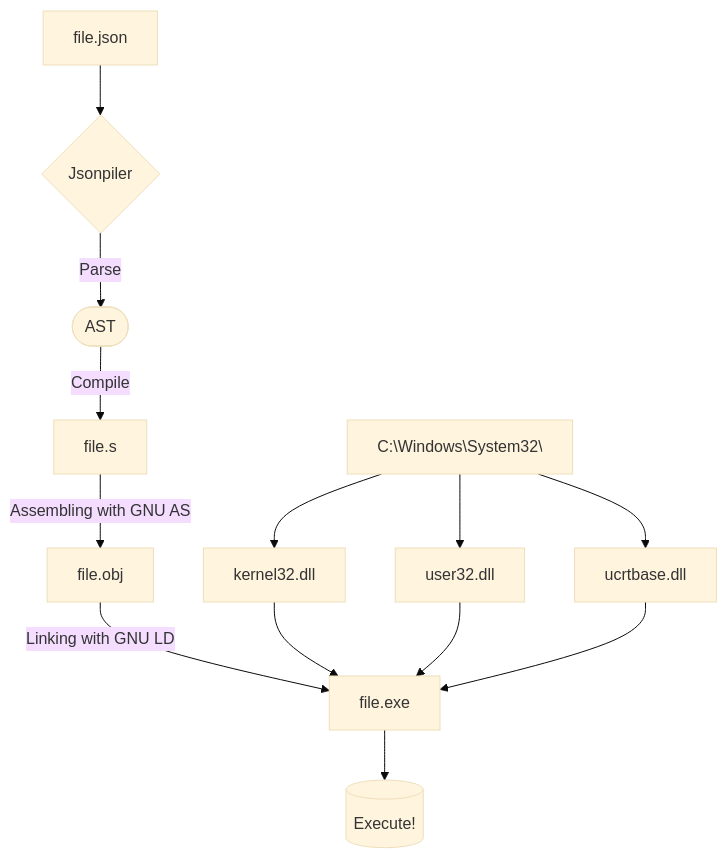
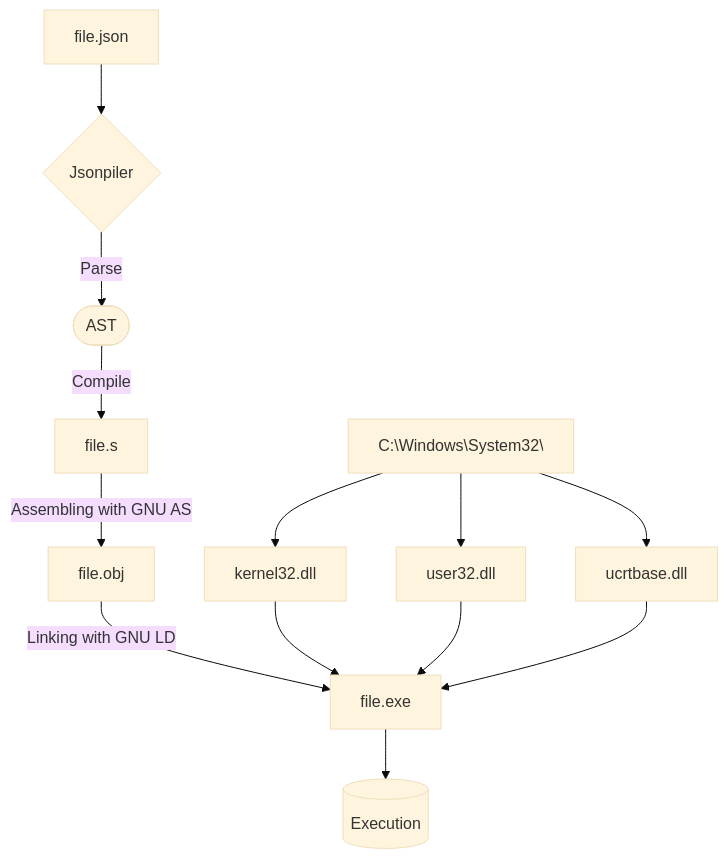
The diagram in README.md (HAL-G1THuB/jsonpiler), drawn with Mermaid (base theme) before and after one commit. The commit also changed other lines of this file and 14 other files, not shown here.

````diff
--- a/README.md
+++ b/README.md
@@ -93,12 +90,12 @@
 ```mermaid
 graph TD
   A[file.json] --> B{Jsonpiler}
   B -->|Parse| C([AST])
   C -->|Compile| D[file.s]
   D --> |Assembling with GNU AS| E[file.obj]
   E --> |Linking with GNU LD| F[file.exe]
   S[C:\Windows\System32\] --> KERNEL32[kernel32.dll] --> F[file.exe]
   S --> USER32[user32.dll] --> F[file.exe]
   S --> UCRTBASE[ucrtbase.dll] --> F[file.exe]
-  F --> Execute[(Execute!)]
+  F --> Execution[(Execution)]
 ```
````
